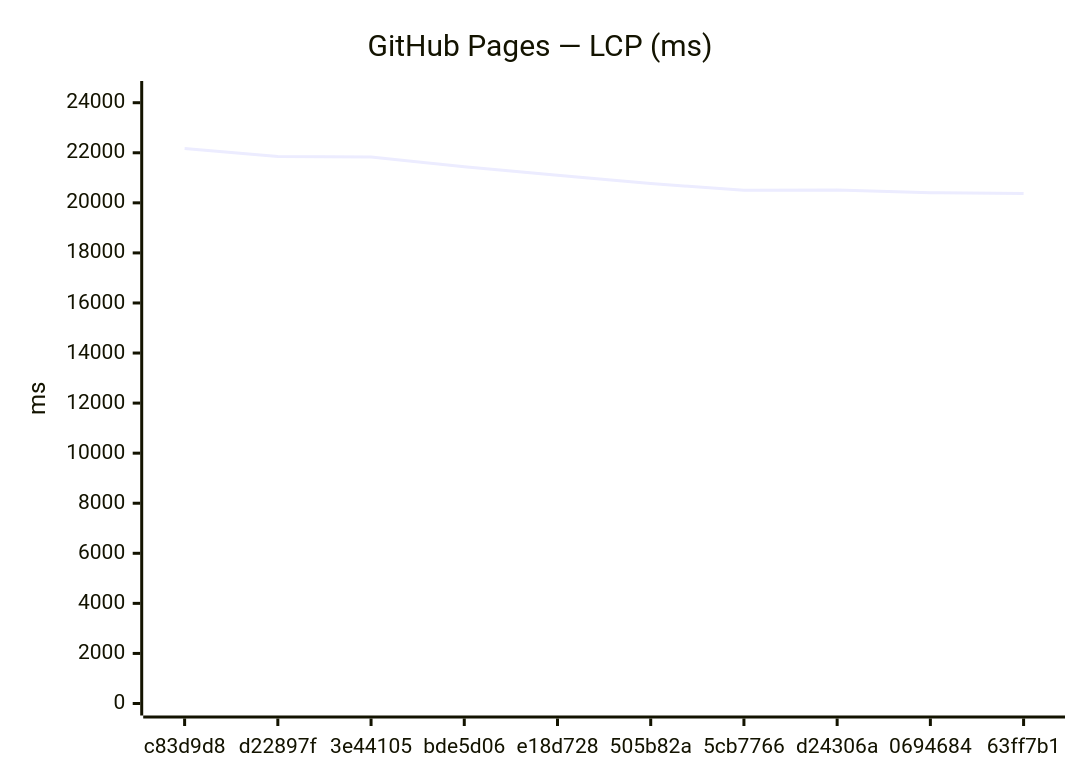
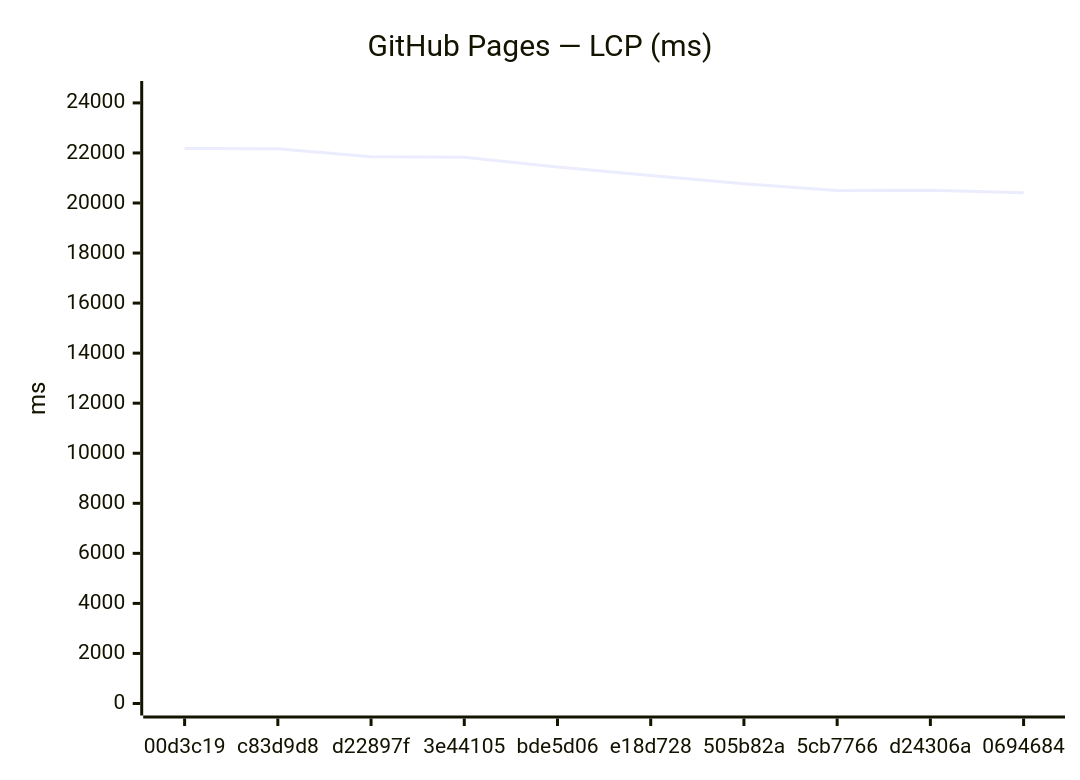
Before and after one commit to Metaheurist/Rianell: the third of 18 diagrams in benchmarks/compare.md, drawn with Mermaid. The commit also changed other lines of this file and 11 other files, not shown here.

````diff
--- a/benchmarks/compare.md
+++ b/benchmarks/compare.md
@@ -54,7 +54,7 @@
 ```mermaid
 xychart-beta
     title "GitHub Pages — LCP (ms)"
-    x-axis ["c83d9d8", "d22897f", "3e44105", "bde5d06", "e18d728", "505b82a", "5cb7766", "d24306a", "0694684", "63ff7b1"]
-    y-axis "ms" 0 --> 24388
-    line [22170, 21853, 21828, 21442, 21100, 20773, 20501, 20513, 20406, 20374]
+    x-axis ["00d3c19", "c83d9d8", "d22897f", "3e44105", "bde5d06", "e18d728", "505b82a", "5cb7766", "d24306a", "0694684"]
+    y-axis "ms" 0 --> 24396
+    line [22178, 22170, 21853, 21828, 21442, 21100, 20773, 20501, 20513, 20406]
 ```
````
